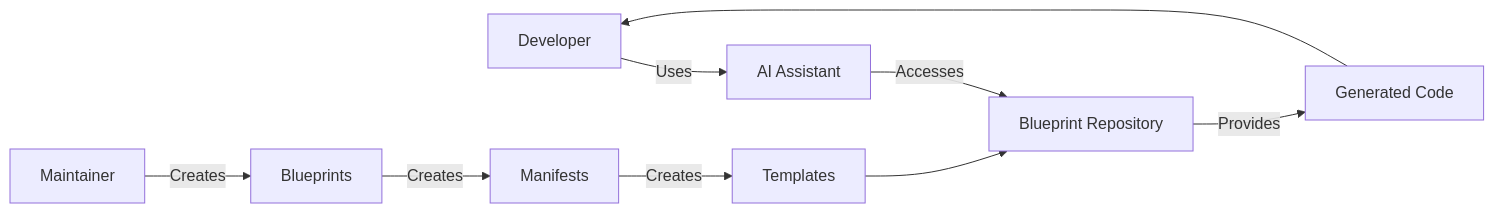
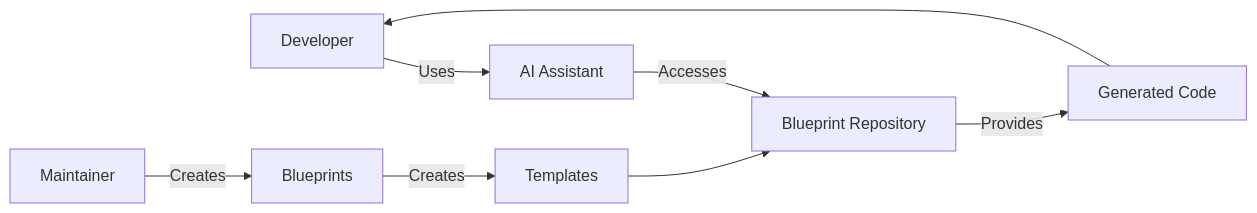
One commit to berTrindade/terraform-infrastructure-blueprints changed the fourth of 4 diagrams in docs/developer-workflow.md. Above: the diagram before and after it, drawn with Mermaid. The commit also changed other lines of this file and 61 other files, not shown here.

````diff
--- a/docs/developer-workflow.md
+++ b/docs/developer-workflow.md
@@ -78,12 +78,11 @@
 ```mermaid
 graph LR
     A[Developer] -->|Uses| B[AI Assistant]
     B -->|Accesses| C[Blueprint Repository]
     C -->|Provides| D[Generated Code]
     D --> A
     
     E[Maintainer] -->|Creates| F[Blueprints]
-    F -->|Creates| G[Manifests]
-    G -->|Creates| H[Templates]
+    F -->|Creates| H[Templates]
     H --> C
 ```
````
